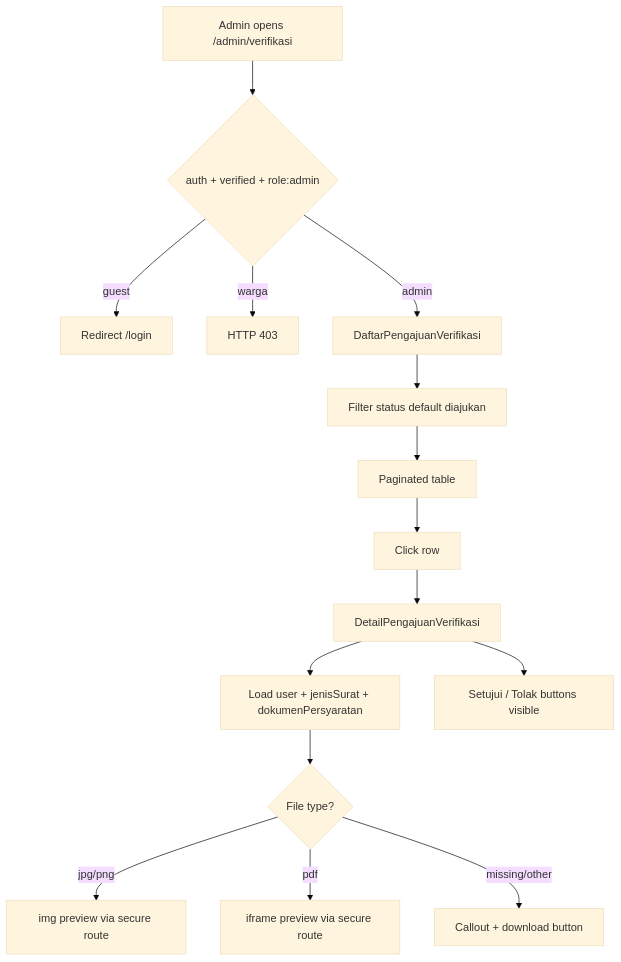
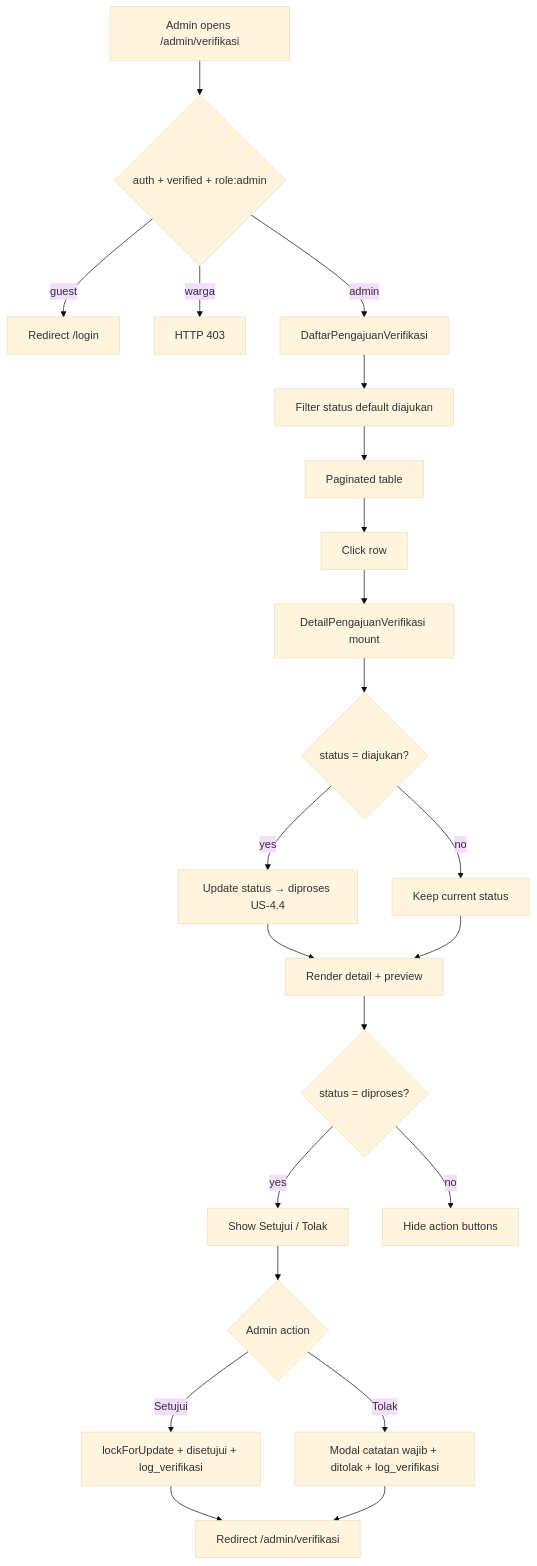
One commit to ZulfikarHD/sistem-desa changed the first of 2 diagrams in docs/dev-docs/features/verifikasi-pengajuan.md. Above: the diagram before and after it, drawn with Mermaid (base theme). The commit also changed other lines of this file and 15 other files, not shown here.

First line of the commit message:
feat(verifikasi): tambah setujui/tolak pengajuan dan transisi otomatis diproses (US-4.3 & US-4.4)

````diff
--- a/docs/dev-docs/features/verifikasi-pengajuan.md
+++ b/docs/dev-docs/features/verifikasi-pengajuan.md
@@ -9,17 +9,24 @@
 ```mermaid
 flowchart TD
     A[Admin opens /admin/verifikasi] --> B{auth + verified + role:admin}
     B -->|guest| C[Redirect /login]
     B -->|warga| D[HTTP 403]
     B -->|admin| E[DaftarPengajuanVerifikasi]
     E --> F[Filter status default diajukan]
     F --> G[Paginated table]
     G --> H[Click row]
-    H --> I[DetailPengajuanVerifikasi]
-    I --> J[Load user + jenisSurat + dokumenPersyaratan]
-    J --> K{File type?}
-    K -->|jpg/png| L[img preview via secure route]
-    K -->|pdf| M[iframe preview via secure route]
-    K -->|missing/other| N[Callout + download button]
-    I --> O[Setujui / Tolak buttons visible]
+    H --> I[DetailPengajuanVerifikasi mount]
+    I --> J{status = diajukan?}
+    J -->|yes| K[Update status → diproses US-4.4]
+    J -->|no| L[Keep current status]
+    K --> M[Render detail + preview]
+    L --> M
+    M --> N{status = diproses?}
+    N -->|yes| O[Show Setujui / Tolak]
+    N -->|no| P[Hide action buttons]
+    O --> Q{Admin action}
+    Q -->|Setujui| R[lockForUpdate + disetujui + log_verifikasi]
+    Q -->|Tolak| S[Modal catatan wajib + ditolak + log_verifikasi]
+    R --> T[Redirect /admin/verifikasi]
+    S --> T
 ```
````
